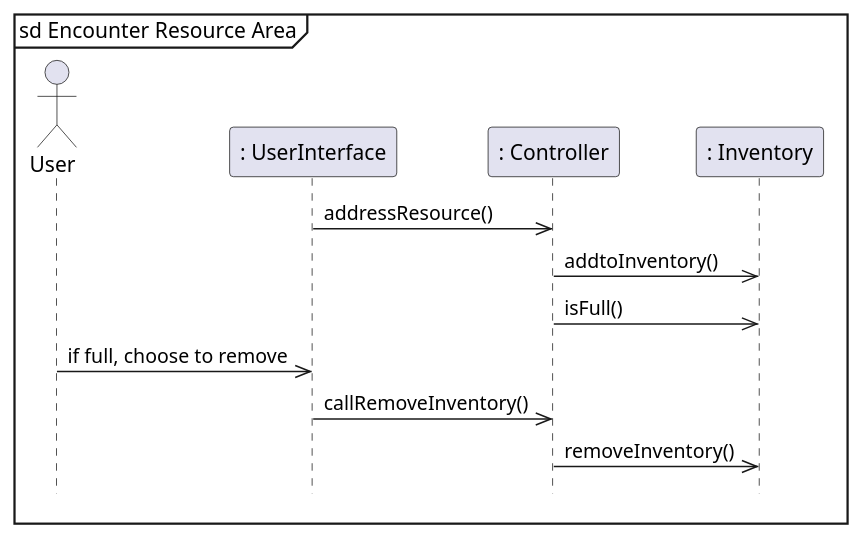
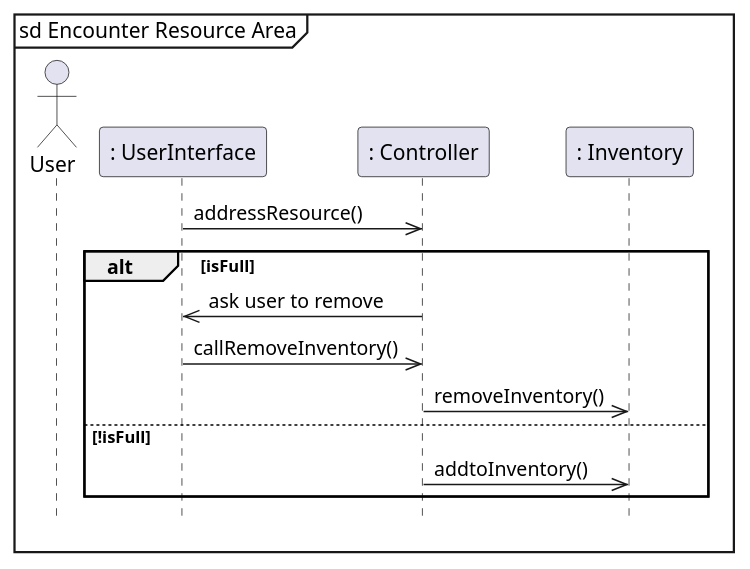
Before and after one commit to emutchek/MaraudersAtSea: the fourth of 5 diagrams in CMPU_203_PirateGame/doc/design.md, drawn with PlantUML. The commit also changed other lines of this file and 1 other file, not shown here.

````diff
--- a/CMPU_203_PirateGame/doc/design.md
+++ b/CMPU_203_PirateGame/doc/design.md
@@ -178,17 +181,20 @@
 ```PlantUML
 @startuml
 mainframe sd Encounter Resource Area
 hide footbox
 actor User as user
 participant ": UserInterface" as UI
 participant ": Controller" as controller
 participant ": Inventory" as inv
 UI ->> controller : addressResource()
-controller ->> inv : addtoInventory()
-controller ->> inv : isFull()
-user ->> UI : if full, choose to remove
+alt isFull
+controller ->> UI : ask user to remove
 UI ->> controller : callRemoveInventory()
 controller ->> inv : removeInventory()
+else !isFull
+controller ->> inv : addtoInventory()
+
+end
 
 @enduml
 ```
````
